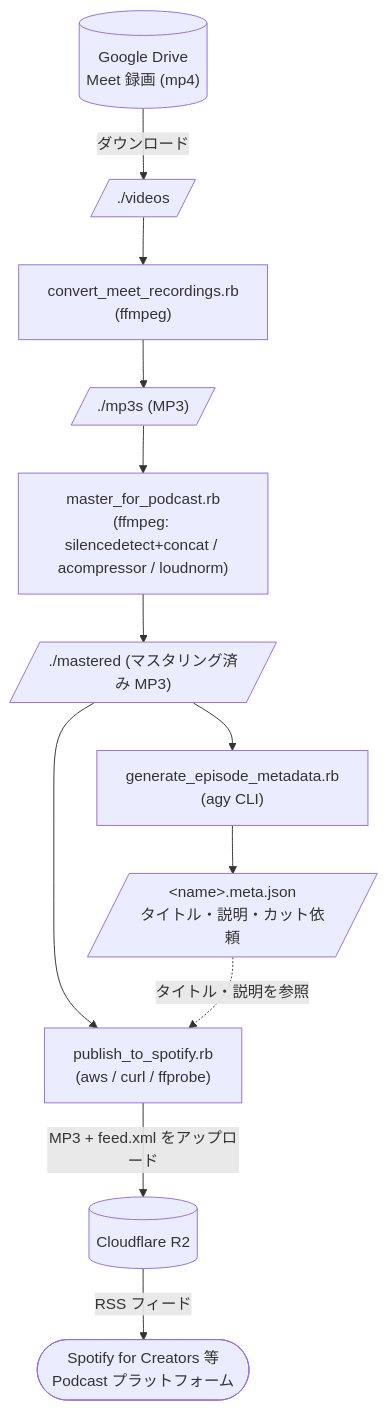
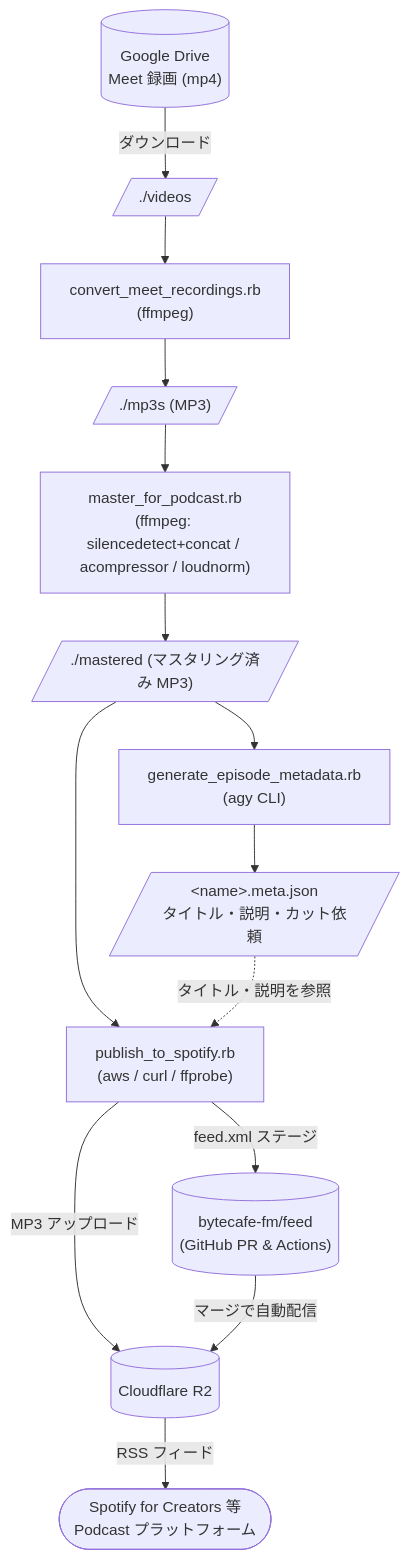
Before and after one commit to phigasui/podcast-publishing-toolkit: the diagram in README.md, drawn with Mermaid. The commit also changed other lines of this file and 3 other files, not shown here.

Commit message:
feat: support external feed_path in podcast.yml and update docs for bytecafe-fm/feed

````diff
--- a/README.md
+++ b/README.md
@@ -7,19 +7,21 @@
 ```mermaid
 flowchart TD
     drive[("Google Drive<br/>Meet 録画 (mp4)")]
     drive -->|ダウンロード| videos[/"./videos"/]
 
     videos --> convert["convert_meet_recordings.rb<br/>(ffmpeg)"]
     convert --> mp3s[/"./mp3s (MP3)"/]
 
     mp3s --> master["master_for_podcast.rb<br/>(ffmpeg: silencedetect+concat / acompressor / loudnorm)"]
     master --> mastered[/"./mastered (マスタリング済み MP3)"/]
 
     mastered --> generate["generate_episode_metadata.rb<br/>(agy CLI)"]
     generate --> meta[/"&lt;name&gt;.meta.json<br/>タイトル・説明・カット依頼"/]
 
     mastered --> publish["publish_to_spotify.rb<br/>(aws / curl / ffprobe)"]
     meta -.->|タイトル・説明を参照| publish
-    publish -->|MP3 + feed.xml をアップロード| r2[("Cloudflare R2")]
+    publish -->|MP3 アップロード| r2[("Cloudflare R2")]
+    publish -->|feed.xml ステージ| feedrepo[("bytecafe-fm/feed<br/>(GitHub PR & Actions)")]
+    feedrepo -->|マージで自動配信| r2
     r2 -->|RSS フィード| spotify(["Spotify for Creators 等<br/>Podcast プラットフォーム"])
 ```
````
